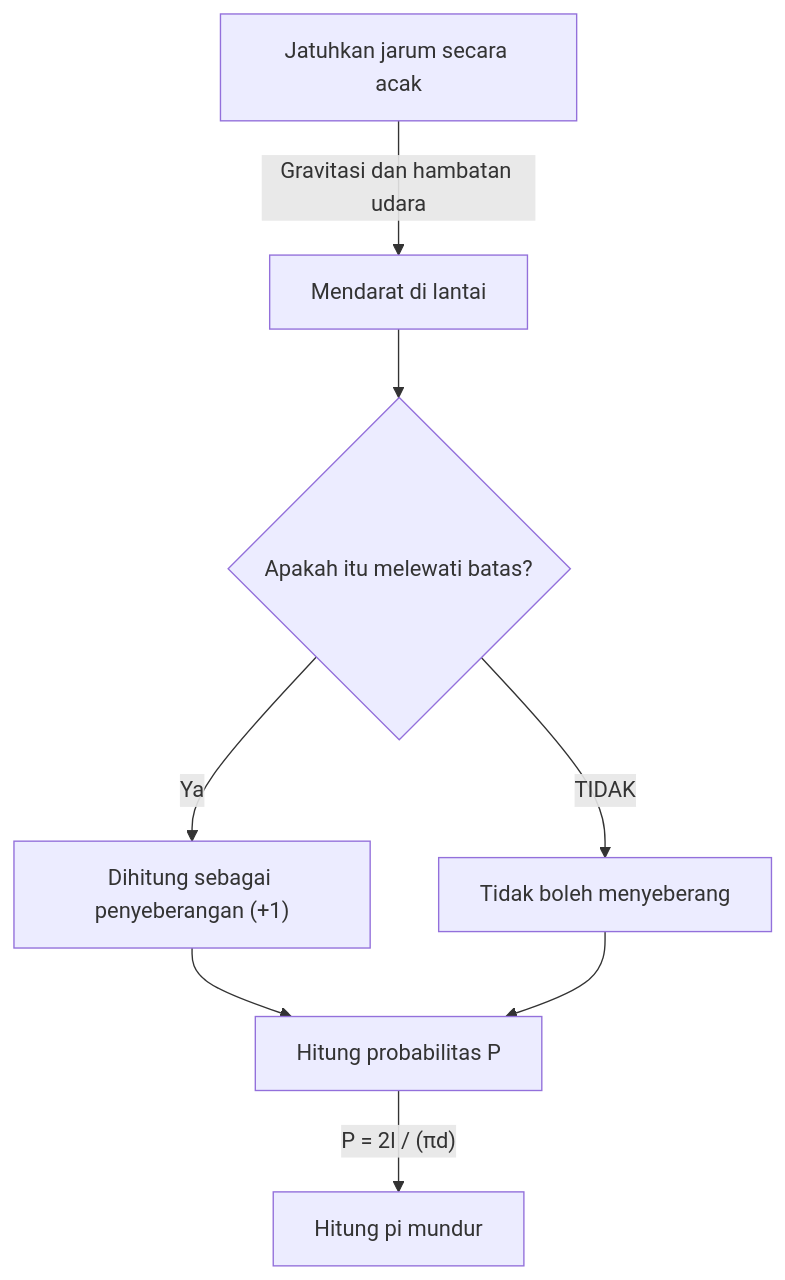
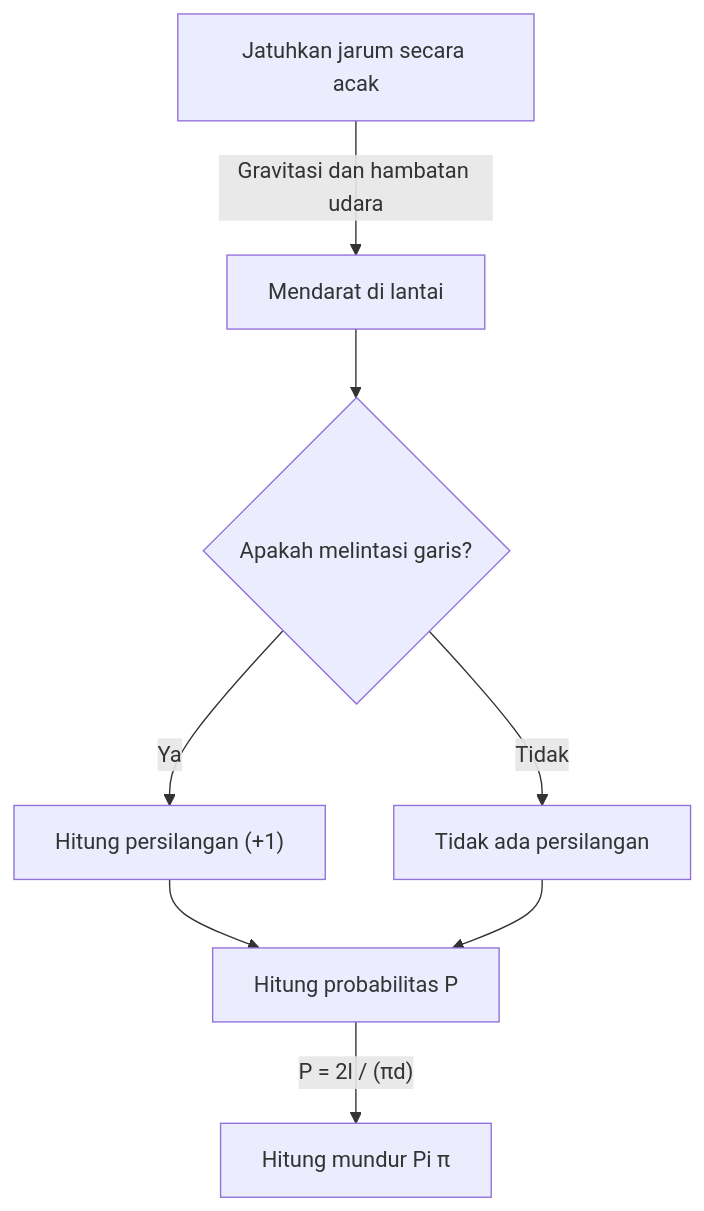
One commit to kenjinote/blog changed the diagram in content/post/buffons-needle/index.id.md. Above: the diagram before and after it, drawn with Mermaid. The commit also changed other lines of this file and 97 other files, not shown here.

````diff
--- a/content/post/buffons-needle/index.id.md
+++ b/content/post/buffons-needle/index.id.md
@@ -36,10 +36,10 @@
 ```mermaid
 graph TD
     A["Jatuhkan jarum secara acak"] -->|"Gravitasi dan hambatan udara"| B["Mendarat di lantai"]
-    B --> C{"Apakah itu melewati batas?"}
-    C -->|"Ya"| D["Dihitung sebagai penyeberangan (+1)"]
-    C -->|"TIDAK"| E["Tidak boleh menyeberang"]
+    B --> C{"Apakah melintasi garis?"}
+    C -->|"Ya"| D["Hitung persilangan (+1)"]
+    C -->|"Tidak"| E["Tidak ada persilangan"]
     D --> F["Hitung probabilitas P"]
     E --> F
-    F -->|"P = 2l / (πd)"| G["Hitung pi mundur"]
+    F -->|"P = 2l / (πd)"| G["Hitung mundur Pi π"]
 ```
````
